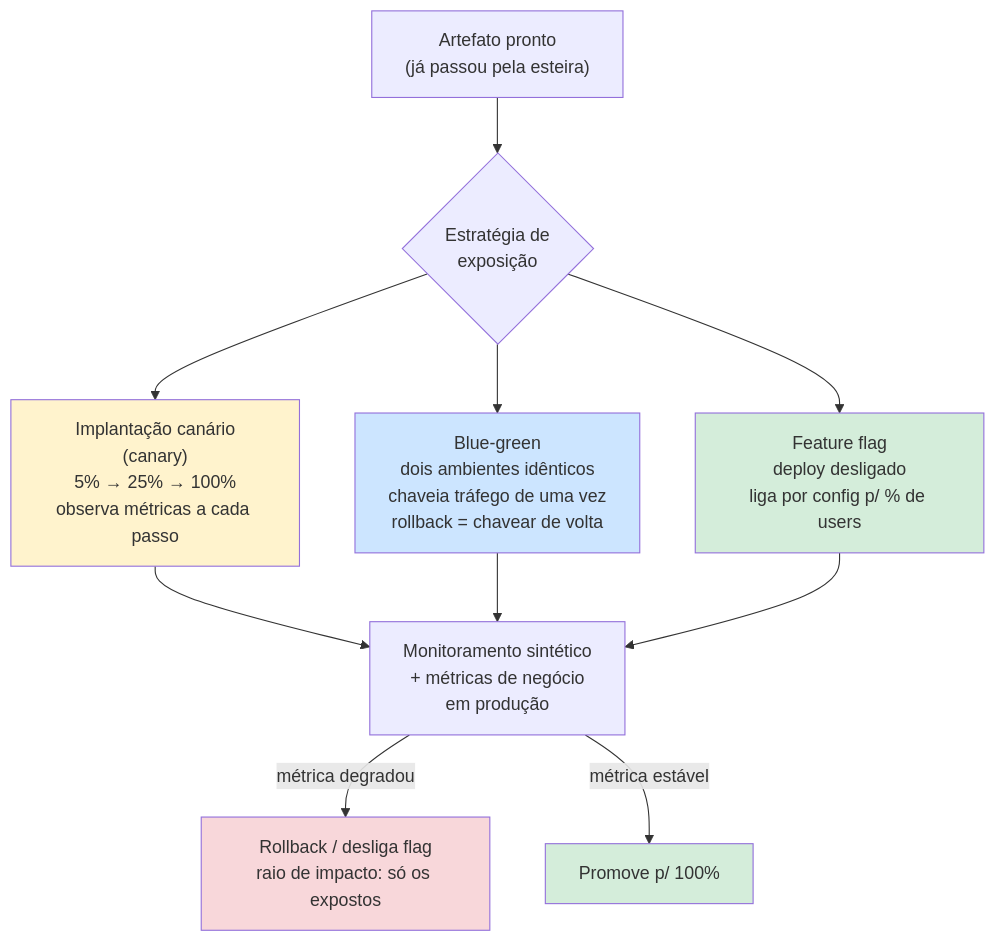
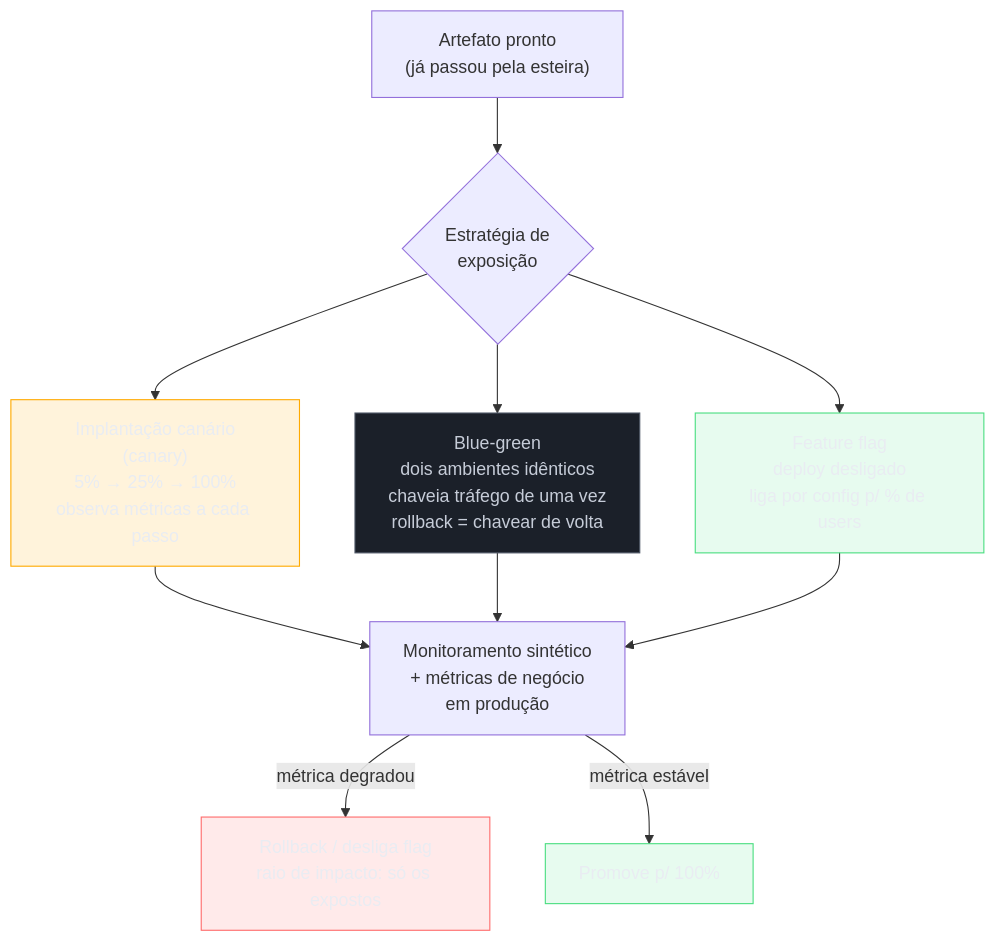
The seventh of 8 diagrams in 03-Dominios/Engenharia/Testes/15 - Testes em CI-CD.md (josenaldo/codex-technomanticus), drawn with Mermaid before and after one commit. The commit also changed other lines of this file and 1181 other files, not shown here.

First line of the commit message:
fix(diagramas): paleta do sistema no lugar de cor cravada no markdown

````diff
--- a/03-Dominios/Engenharia/Testes/15 - Testes em CI-CD.md
+++ b/03-Dominios/Engenharia/Testes/15 - Testes em CI-CD.md
@@ -256,17 +269,21 @@
 ```mermaid
 flowchart TD
+    classDef destaque fill:#FFAA0024,stroke:#FFAA00,color:#E9ECF2
+    classDef neutro fill:#1B2029,stroke:#4E5666,color:#C6CCD8
+    classDef ok fill:#4ADE8021,stroke:#4ADE80,color:#E9ECF2
+    classDef falha fill:#FF6B6B24,stroke:#FF6B6B,color:#E9ECF2
     Deploy["Artefato pronto<br/>(já passou pela esteira)"] --> Strat{"Estratégia de<br/>exposição"}
     Strat --> Canary["Implantação canário<br/>(canary)<br/>5% → 25% → 100%<br/>observa métricas a cada passo"]
     Strat --> BG["Blue-green<br/>dois ambientes idênticos<br/>chaveia tráfego de uma vez<br/>rollback = chavear de volta"]
     Strat --> Flag["Feature flag<br/>deploy desligado<br/>liga por config p/ % de users"]
     Canary --> Mon["Monitoramento sintético<br/>+ métricas de negócio<br/>em produção"]
     BG --> Mon
     Flag --> Mon
     Mon -->|métrica degradou| RB["Rollback / desliga flag<br/>raio de impacto: só os expostos"]
     Mon -->|métrica estável| Full["Promove p/ 100%"]
-    style Canary fill:#fff3cd
-    style BG fill:#cce5ff
-    style Flag fill:#d4edda
-    style RB fill:#f8d7da
-    style Full fill:#d4edda
+    class Canary destaque
+    class BG neutro
+    class Flag ok
+    class RB falha
+    class Full ok
 ```
````
